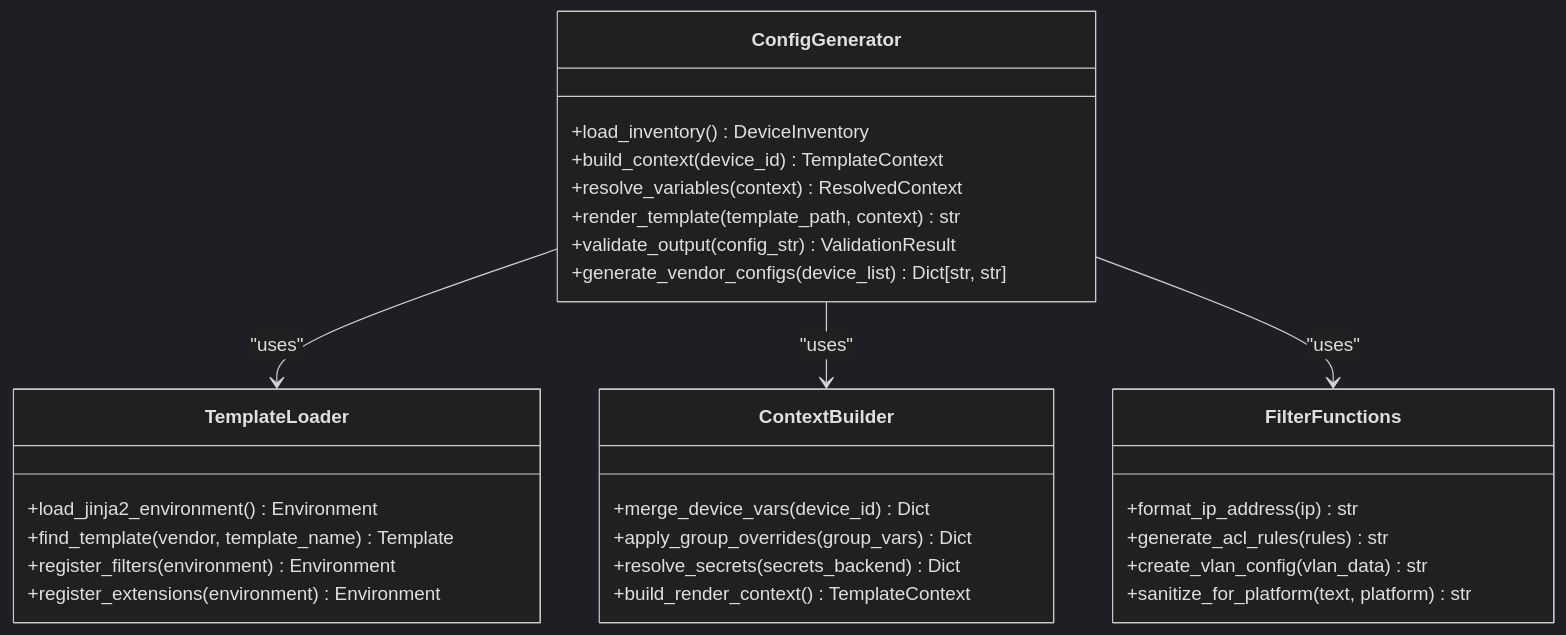
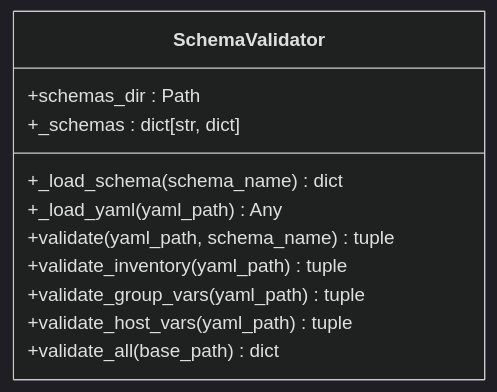
One commit to shakthi-vinayak/network-automation changed the second of 6 diagrams in .qoder/repowiki/en/content/Core Components/Configuration Management/Template Engine Architecture/Template Engine Architecture.md. Above: the diagram before and after it, drawn with Mermaid (dark theme). The commit also changed other lines of this file and 144 other files, not shown here.

````diff
--- a/.qoder/repowiki/en/content/Core Components/Configuration Management/Template Engine Architecture/Template Engine Architecture.md
+++ b/.qoder/repowiki/en/content/Core Components/Configuration Management/Template Engine Architecture/Template Engine Architecture.md
@@ -80,32 +93,14 @@
 ```mermaid
 classDiagram
-class ConfigGenerator {
-+load_inventory() DeviceInventory
-+build_context(device_id) TemplateContext
-+resolve_variables(context) ResolvedContext
-+render_template(template_path, context) str
-+validate_output(config_str) ValidationResult
-+generate_vendor_configs(device_list) Dict[str, str]
+class SchemaValidator {
++schemas_dir : Path
++_schemas : dict[str, dict]
++_load_schema(schema_name) dict
++_load_yaml(yaml_path) Any
++validate(yaml_path, schema_name) tuple
++validate_inventory(yaml_path) tuple
++validate_group_vars(yaml_path) tuple
++validate_host_vars(yaml_path) tuple
++validate_all(base_path) dict
 }
-class TemplateLoader {
-+load_jinja2_environment() Environment
-+find_template(vendor, template_name) Template
-+register_filters(environment) Environment
-+register_extensions(environment) Environment
-}
-class ContextBuilder {
-+merge_device_vars(device_id) Dict
-+apply_group_overrides(group_vars) Dict
-+resolve_secrets(secrets_backend) Dict
-+build_render_context() TemplateContext
-}
-class FilterFunctions {
-+format_ip_address(ip) str
-+generate_acl_rules(rules) str
-+create_vlan_config(vlan_data) str
-+sanitize_for_platform(text, platform) str
-}
-ConfigGenerator --> TemplateLoader : "uses"
-ConfigGenerator --> ContextBuilder : "uses"
-ConfigGenerator --> FilterFunctions : "uses"
 ```
````
